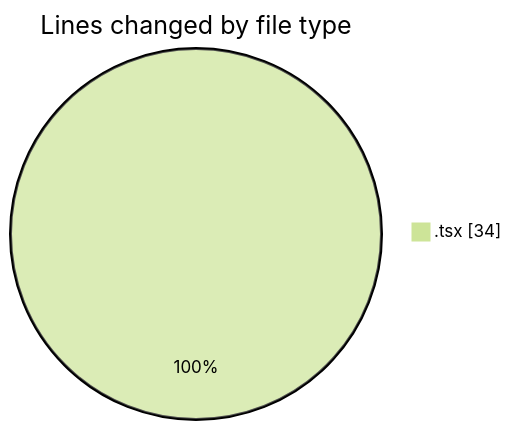
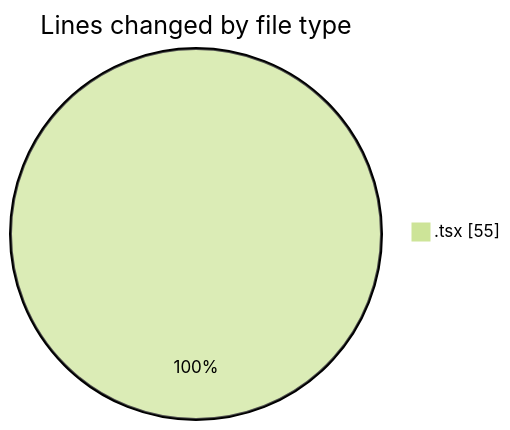
Before and after one commit to julien-gomy/code-tracking: the first of 2 diagrams in 2025-10-17/eventscop-frontend-guide__workspace_/README.md, drawn with Mermaid (forest theme). The commit also changed other lines of this file and 1 other file, not shown here.

````diff
--- a/2025-10-17/eventscop-frontend-guide__workspace_/README.md
+++ b/2025-10-17/eventscop-frontend-guide__workspace_/README.md
@@ -20,5 +20,5 @@
 ```mermaid
 pie showData
 title Lines changed by file type
-".tsx" : 34
+".tsx" : 55
 ```
````
